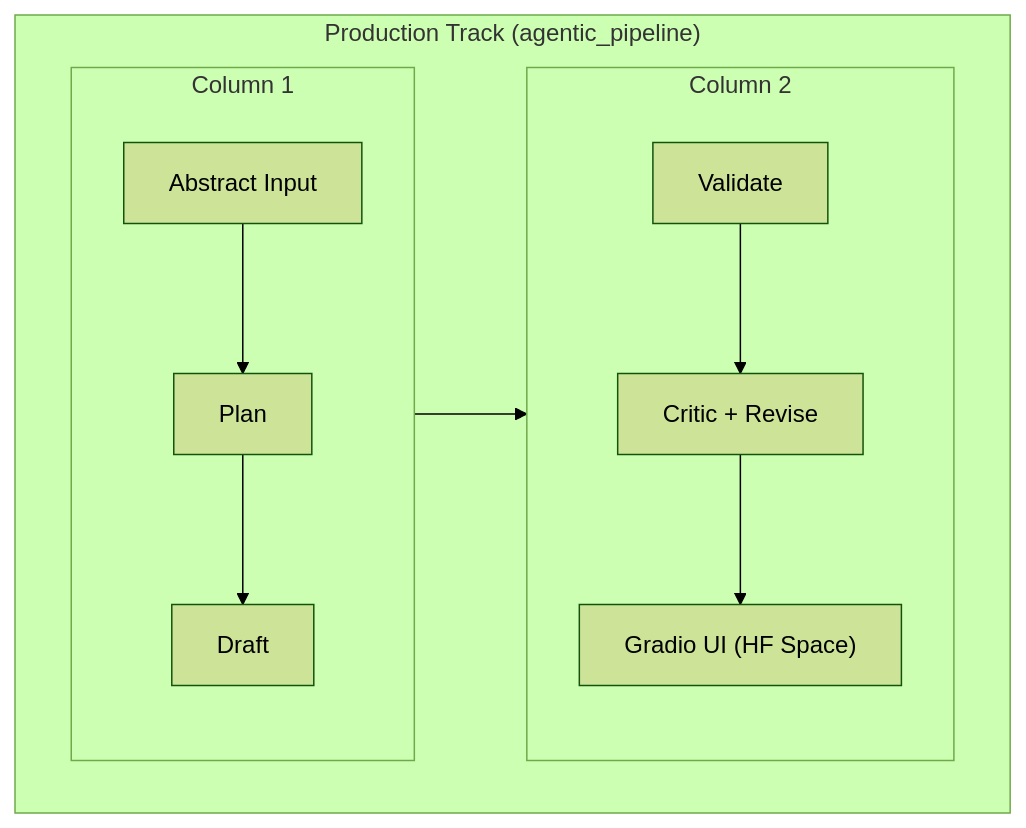
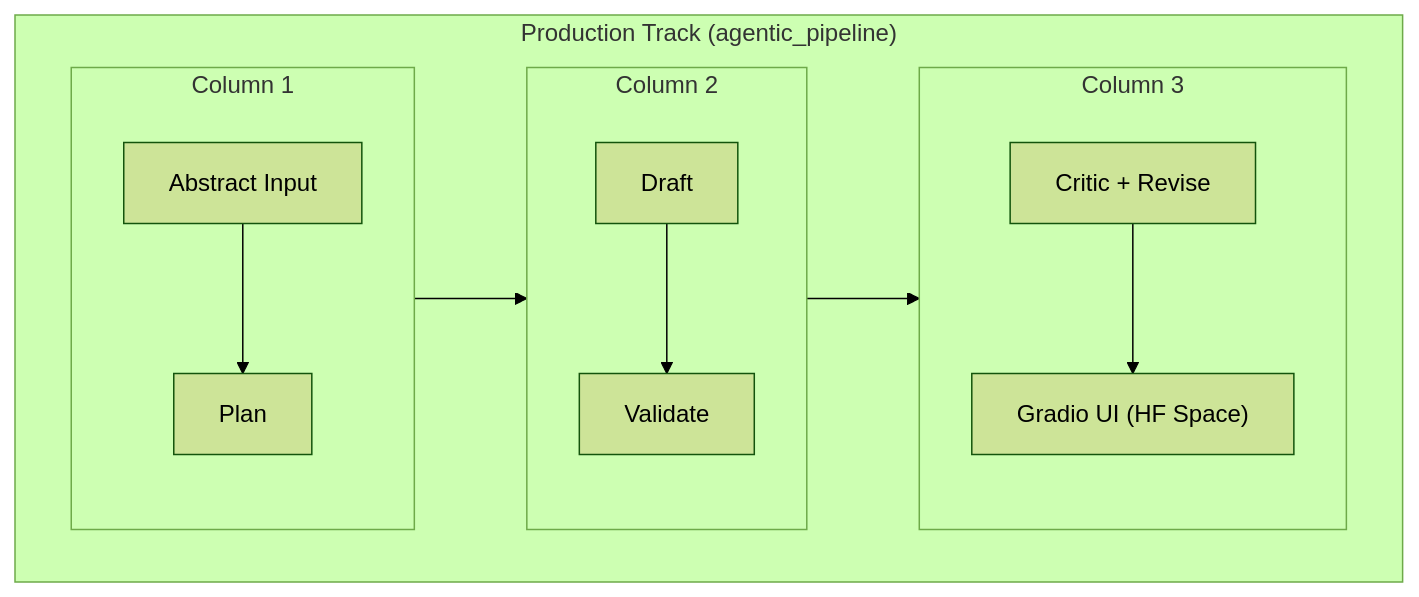
One commit to daspushpita/MiniAstroGPT changed the second of 2 diagrams in README.md. Above: the diagram before and after it, drawn with Mermaid (forest theme). The commit also changed other lines of this file, not shown here.

Commit message:
Refine README formatting and Mermaid layout

````diff
--- a/README.md
+++ b/README.md
@@ -99,18 +105,24 @@
 ```mermaid
 flowchart LR
   subgraph P["Production Track (agentic_pipeline)"]
     direction LR
 
     subgraph P1["Column 1"]
       direction TB
-      X["Abstract Input"] --> Y["Plan"] --> Z["Draft"]
+      X["Abstract Input"] --> Y["Plan"]
     end
 
     subgraph P2["Column 2"]
       direction TB
-      U["Validate"] --> V["Critic + Revise"] --> W["Gradio UI (HF Space)"]
+      Z["Draft"] --> U["Validate"]
     end
 
-    Z --> U
+    subgraph P3["Column 3"]
+      direction TB
+      V["Critic + Revise"] --> W["Gradio UI (HF Space)"]
+    end
+
+    Y --> Z
+    U --> V
   end
 ```
````
